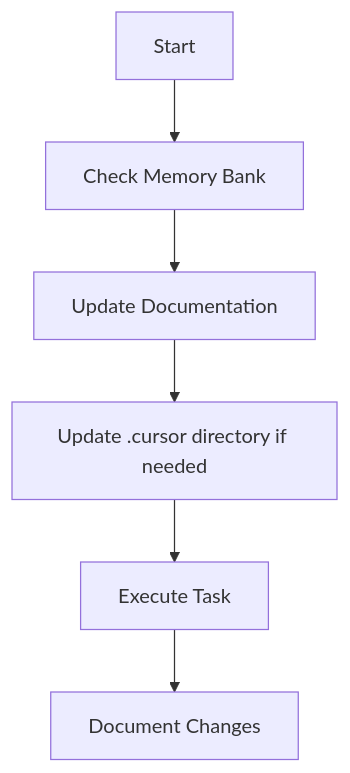
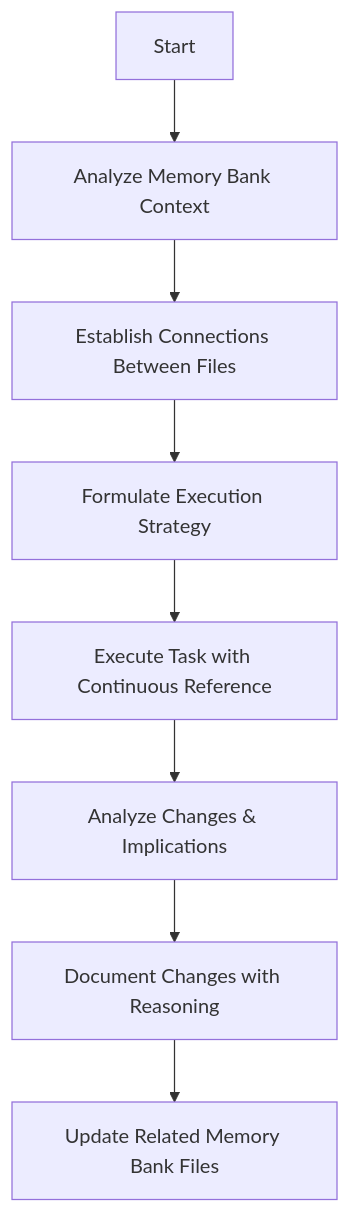
One commit to AeternoAI/aeterno-template-dev changed the third of 5 diagrams in .cursor/rules/memory-bank.mdc. Above: the diagram before and after it, drawn with Mermaid. The commit also changed other lines of this file and 3 other files, not shown here.

Commit message:
chore: update cursor rules with latest structure and formatting

````diff
--- a/.cursor/rules/memory-bank.mdc
+++ b/.cursor/rules/memory-bank.mdc
@@ -89,8 +162,10 @@
 ```mermaid
 flowchart TD
-    Start[Start] --> Context[Check Memory Bank]
-    Context --> Update[Update Documentation]
-    Update --> Rules[Update .cursor directory if needed]
-    Rules --> Execute[Execute Task]
-    Execute --> Document[Document Changes]
+    Start[Start] --> Context[Analyze Memory Bank Context]
+    Context --> Connection[Establish Connections Between Files]
+    Connection --> Strategy[Formulate Execution Strategy]
+    Strategy --> Execute[Execute Task with Continuous Reference]
+    Execute --> Analyze[Analyze Changes & Implications]
+    Analyze --> Document[Document Changes with Reasoning]
+    Document --> Update[Update Related Memory Bank Files]
 ```
````
